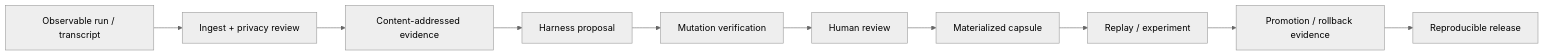
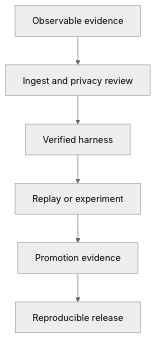
One commit to OssaBellator/E2H changed the diagram in README.md. Above: the diagram before and after it, drawn with Mermaid (neutral theme).

Commit message:
Simplify README architecture diagram for readability

````diff
--- a/README.md
+++ b/README.md
@@ -21,12 +21,11 @@
 ```mermaid
-flowchart LR
-    A[Observable run / transcript] --> B[Ingest + privacy review]
-    B --> C[Content-addressed evidence]
-    C --> D[Harness proposal]
-    D --> E[Mutation verification]
-    E --> F[Human review]
-    F --> G[Materialized capsule]
-    G --> H[Replay / experiment]
-    H --> I[Promotion / rollback evidence]
-    I --> J[Reproducible release]
+flowchart TD
+    A[Observable evidence]
+    B[Ingest and privacy review]
+    C[Verified harness]
+    D[Replay or experiment]
+    E[Promotion evidence]
+    F[Reproducible release]
+
+    A --> B --> C --> D --> E --> F
 ```
````
